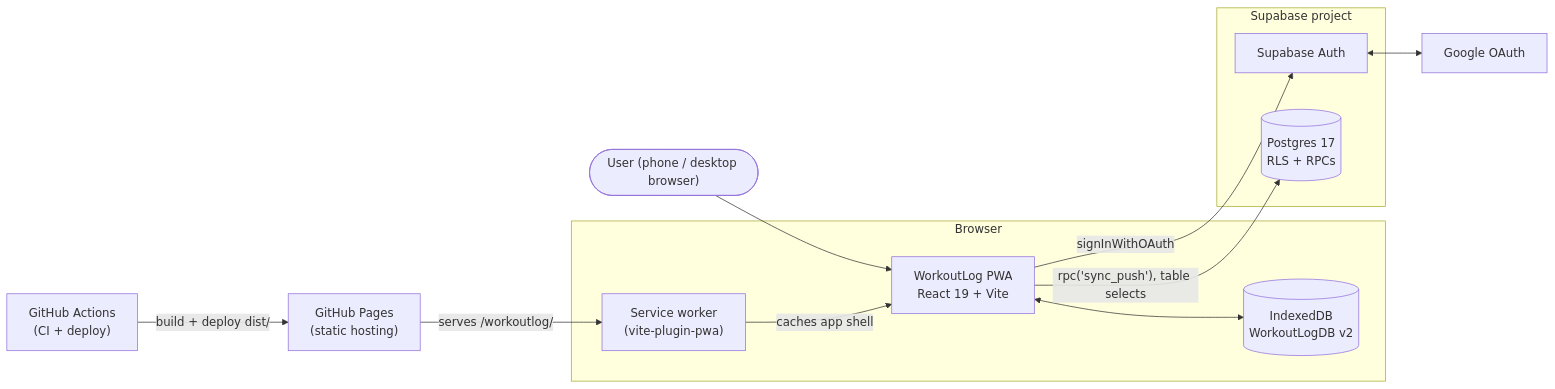
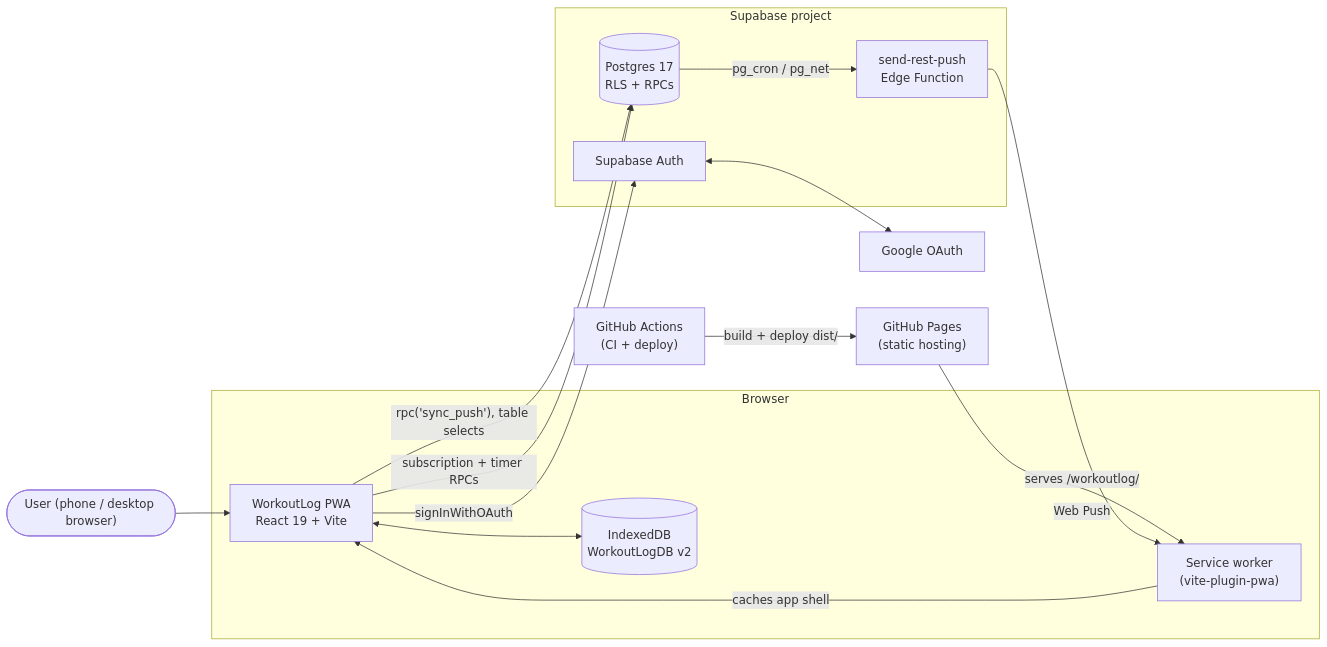
Before and after one commit to dawalberto/workoutlog: the first of 3 diagrams in docs/architecture/overview.md, drawn with Mermaid. The commit also changed other lines of this file and 26 other files, not shown here.

Commit message:
feat(push): notify rest timer end with server web push

````diff
--- a/docs/architecture/overview.md
+++ b/docs/architecture/overview.md
@@ -15,25 +15,29 @@
 ```mermaid
 flowchart LR
   user(["User (phone / desktop browser)"])
   subgraph browser["Browser"]
     pwa["WorkoutLog PWA<br/>React 19 + Vite"]
     sw["Service worker<br/>(vite-plugin-pwa)"]
     idb[("IndexedDB<br/>WorkoutLogDB v2")]
   end
   subgraph supabase["Supabase project"]
     auth["Supabase Auth"]
     pg[("Postgres 17<br/>RLS + RPCs")]
+    fn["send-rest-push<br/>Edge Function"]
   end
   google["Google OAuth"]
   pages["GitHub Pages<br/>(static hosting)"]
   gha["GitHub Actions<br/>(CI + deploy)"]
 
   user --> pwa
   pwa <--> idb
   sw -- "caches app shell" --> pwa
   pages -- "serves /workoutlog/" --> sw
   pwa -- "signInWithOAuth" --> auth
   auth <--> google
   pwa -- "rpc('sync_push'), table selects" --> pg
+  pwa -- "subscription + timer RPCs" --> pg
+  pg -- "pg_cron / pg_net" --> fn
+  fn -- "Web Push" --> sw
   gha -- "build + deploy dist/" --> pages
 ```
````
